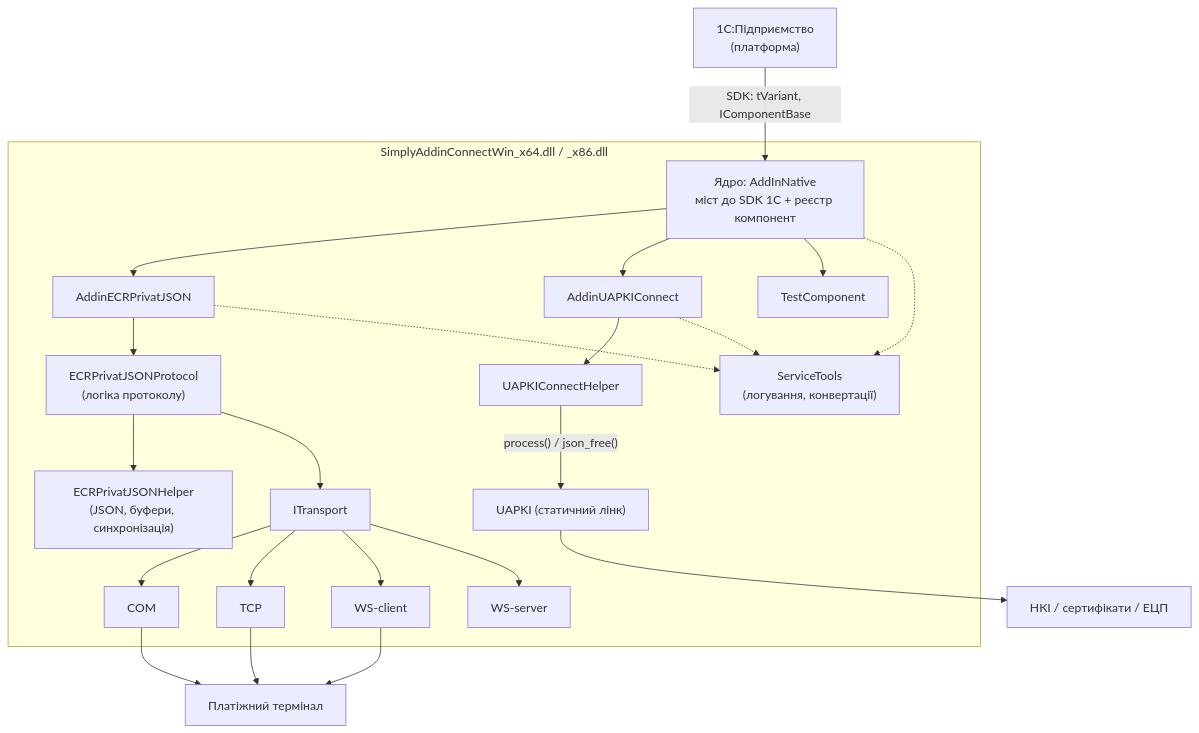
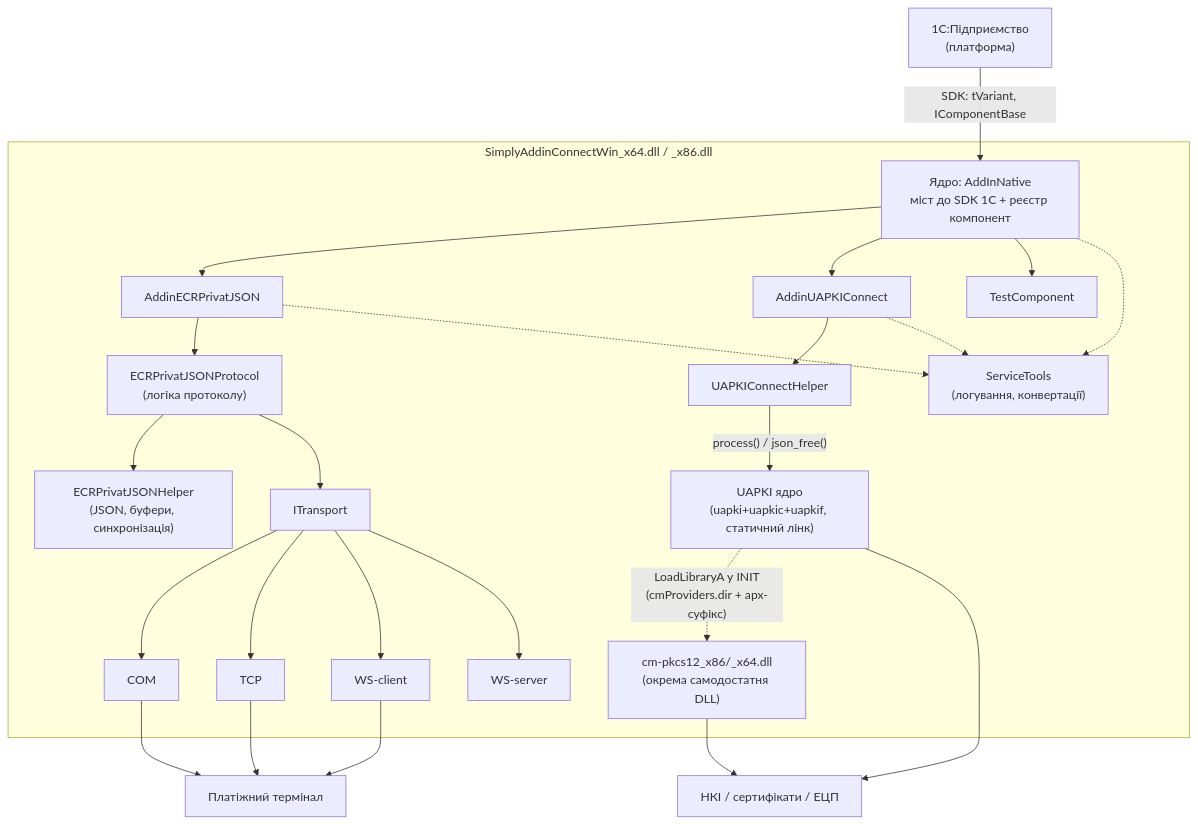
One commit to VSydorenko/SimplyAddinConnect changed the diagram in docs/ARCHITECTURE.md. Above: the diagram before and after it, drawn with Mermaid. The commit also changed other lines of this file and 8 other files, not shown here.

First line of the commit message:
Гібридна збірка UAPKI: статичне ядро в основній DLL + самодостатні провайдери cm-pkcs12

````diff
--- a/docs/ARCHITECTURE.md
+++ b/docs/ARCHITECTURE.md
@@ -20,28 +20,30 @@
 ```mermaid
 flowchart TD
     A["1С:Підприємство<br/>(платформа)"] -->|"SDK: tVariant, IComponentBase"| B
 
     subgraph DLL["SimplyAddinConnectWin_x64.dll / _x86.dll"]
         B["Ядро: AddInNative<br/>міст до SDK 1С + реєстр компонент"]
         B --> C1["AddinECRPrivatJSON"]
         B --> C2["AddinUAPKIConnect"]
         B --> C3["TestComponent"]
 
         C1 --> P["ECRPrivatJSONProtocol<br/>(логіка протоколу)"]
         P --> H1["ECRPrivatJSONHelper<br/>(JSON, буфери, синхронізація)"]
         P --> T["ITransport"]
         T --> T1["COM"] & T2["TCP"] & T3["WS-client"] & T4["WS-server"]
 
         C2 --> H2["UAPKIConnectHelper"]
-        H2 -->|"process() / json_free()"| U["UAPKI (статичний лінк)"]
+        H2 -->|"process() / json_free()"| U["UAPKI ядро<br/>(uapki+uapkic+uapkif, статичний лінк)"]
+        U -.->|"LoadLibraryA у INIT<br/>(cmProviders.dir + арх-суфікс)"| CM["cm-pkcs12_x86/_x64.dll<br/>(окрема самодостатня DLL)"]
 
         B -.-> S["ServiceTools<br/>(логування, конвертації)"]
         C1 -.-> S
         C2 -.-> S
     end
 
     T1 --> D1["Платіжний термінал"]
     T2 --> D1
     T3 --> D1
     U --> D2["НКІ / сертифікати / ЕЦП"]
+    CM --> D2
 ```
````
